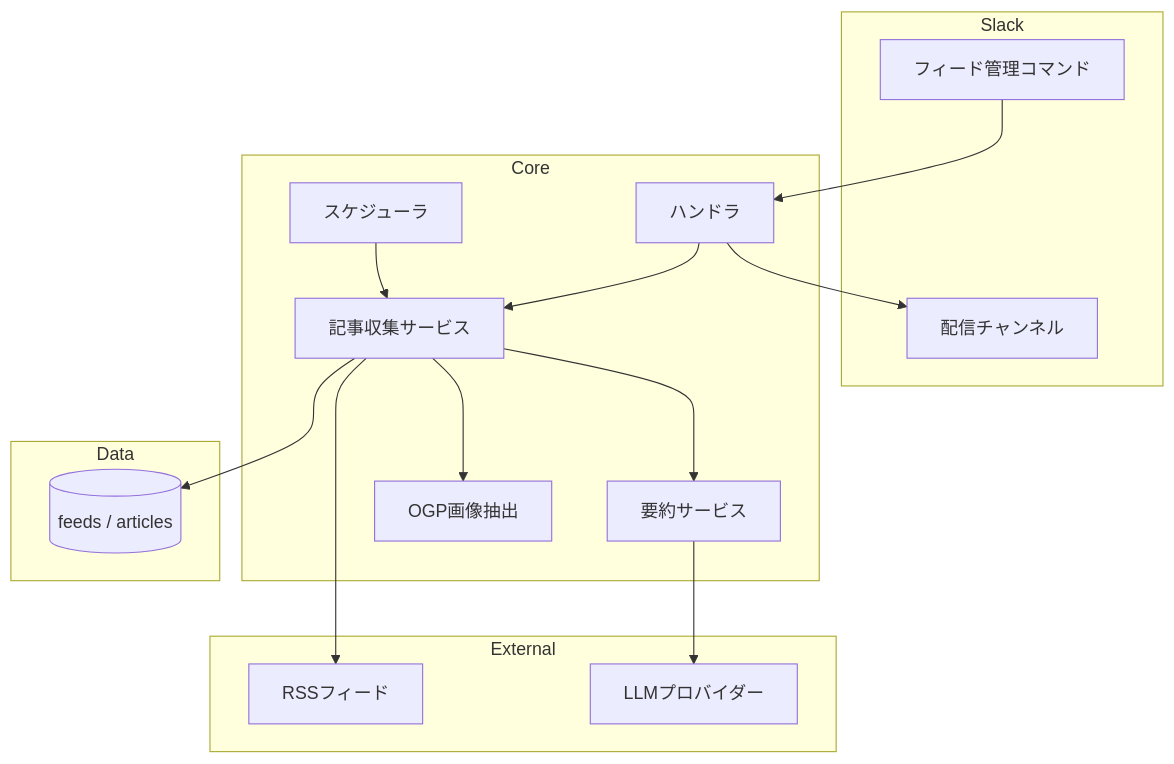
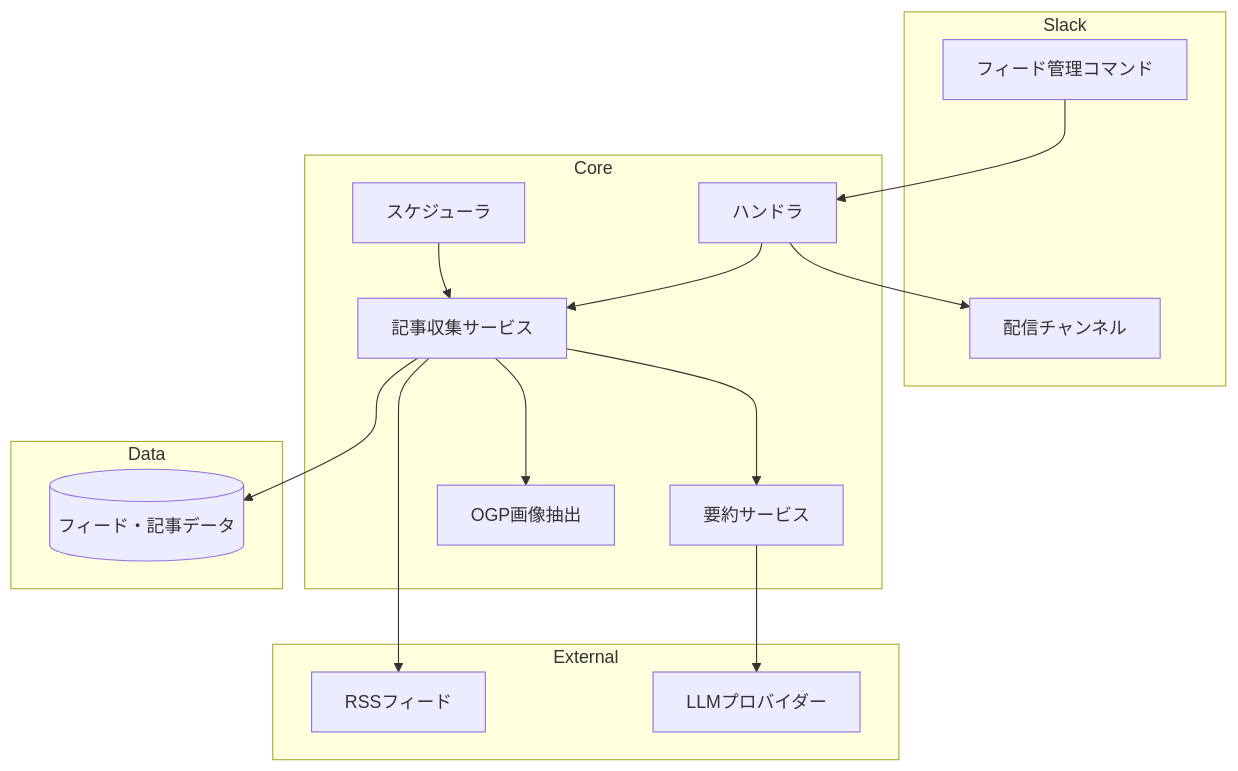
The diagram in docs/specs/features/feed-management.md (becky3/learning-companion), drawn with Mermaid before and after one commit. The commit also changed 7 other files, not shown here.

````diff
--- a/docs/specs/features/feed-management.md
+++ b/docs/specs/features/feed-management.md
@@ -174,34 +174,34 @@
 ```mermaid
 flowchart TB
     subgraph Slack
         CMD[フィード管理コマンド]
         CH[配信チャンネル]
     end
 
     subgraph Core
         FC[記事収集サービス]
         SM[要約サービス]
         OGP[OGP画像抽出]
         SCH[スケジューラ]
         HD[ハンドラ]
     end
 
     subgraph Data
-        DB[(feeds / articles)]
+        DB[(フィード・記事データ)]
     end
 
     subgraph External
         RSS[RSSフィード]
         LLM[LLMプロバイダー]
     end
 
     CMD --> HD
     HD --> FC
     SCH --> FC
     FC --> RSS
     FC --> SM
     FC --> OGP
     SM --> LLM
     FC --> DB
     HD --> CH
 ```
````
